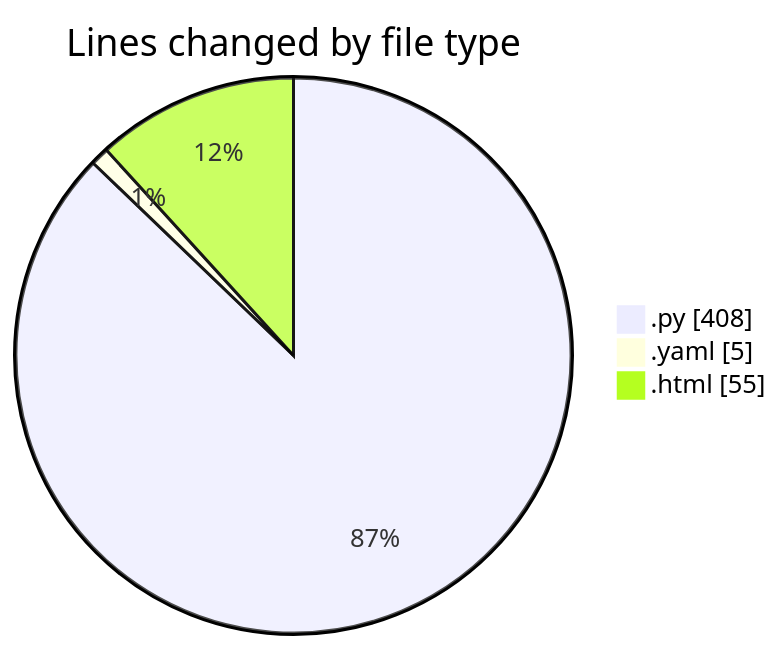
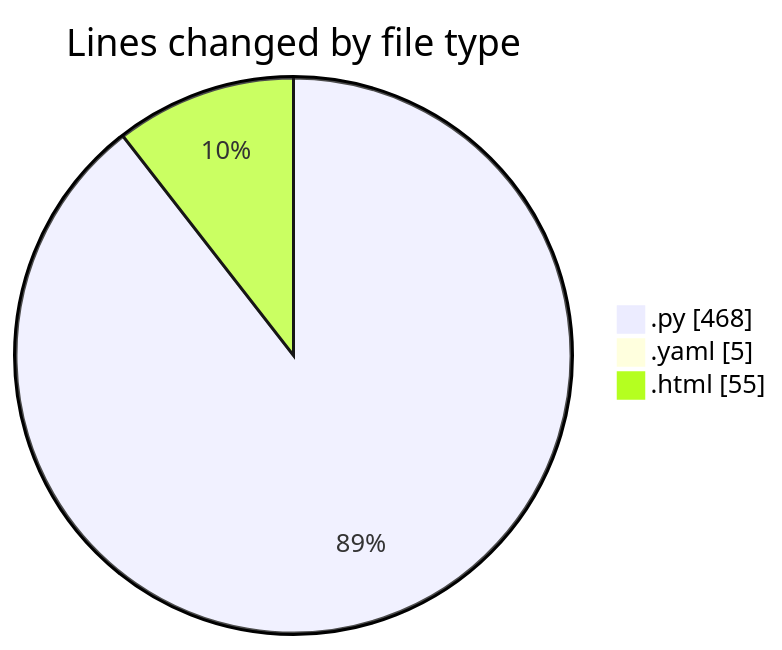
The first of 2 diagrams in 2025-06-26/webapp/README.md (Ritupan-Deka/code-tracking), drawn with Mermaid before and after one commit. The commit also changed other lines of this file and 1 other file, not shown here.

````diff
--- a/2025-06-26/webapp/README.md
+++ b/2025-06-26/webapp/README.md
@@ -26,7 +26,7 @@
 ```mermaid
 pie showData
 title Lines changed by file type
-".py" : 408
+".py" : 468
 ".yaml" : 5
 ".html" : 55
 ```
````
